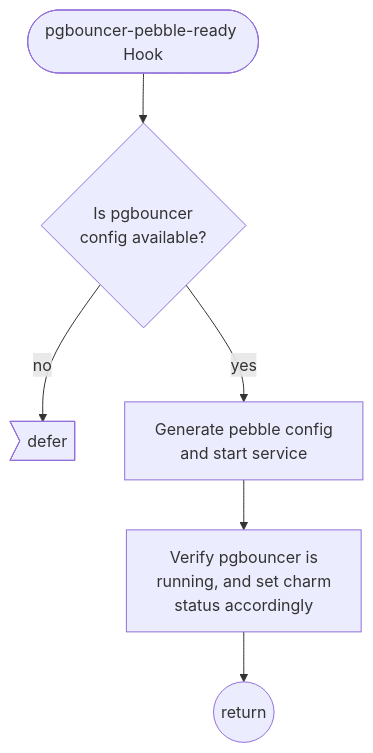
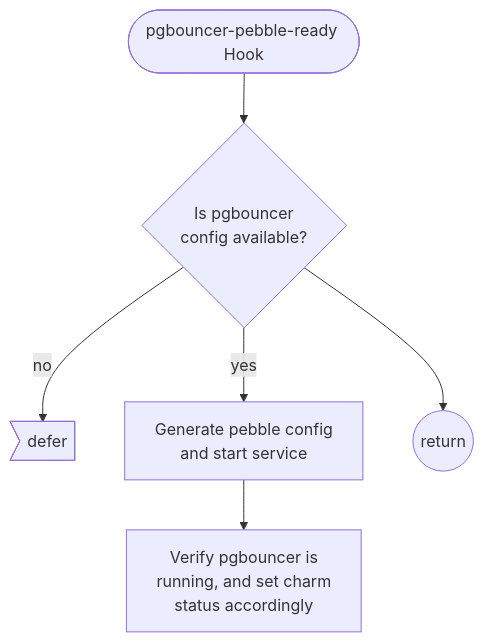
One commit to canonical/pgbouncer-k8s-operator changed the second of 15 diagrams in CONTRIBUTING.md. Above: the diagram before and after it, drawn with Mermaid. The commit also changed other lines of this file, not shown here.

````diff
--- a/CONTRIBUTING.md
+++ b/CONTRIBUTING.md
@@ -94,8 +94,8 @@
 ```mermaid
 flowchart TD
-  id201([pgbouncer-pebble-ready Hook]) --> id202{Is pgbouncer\nconfig available?}
-  id202 -- no --> id203>defer]
-  id202 -- yes --> id204[Generate pebble config\nand start service]
-  id204 --> id205[Verify pgbouncer is\nrunning, and set charm\n status accordingly]
-  id205 --> rtn((return))
+  start([pgbouncer-pebble-ready Hook]) --> is_cfg{Is pgbouncer\nconfig available?}
+  is_cfg -- no --> defer>defer]
+  is_cfg -- yes --> gen_cfg[Generate pebble config\nand start service]
+  gen_cfg --> id205[Verify pgbouncer is\nrunning, and set charm\n status accordingly]
+  is_cfg --> rtn((return))
 ```
````
